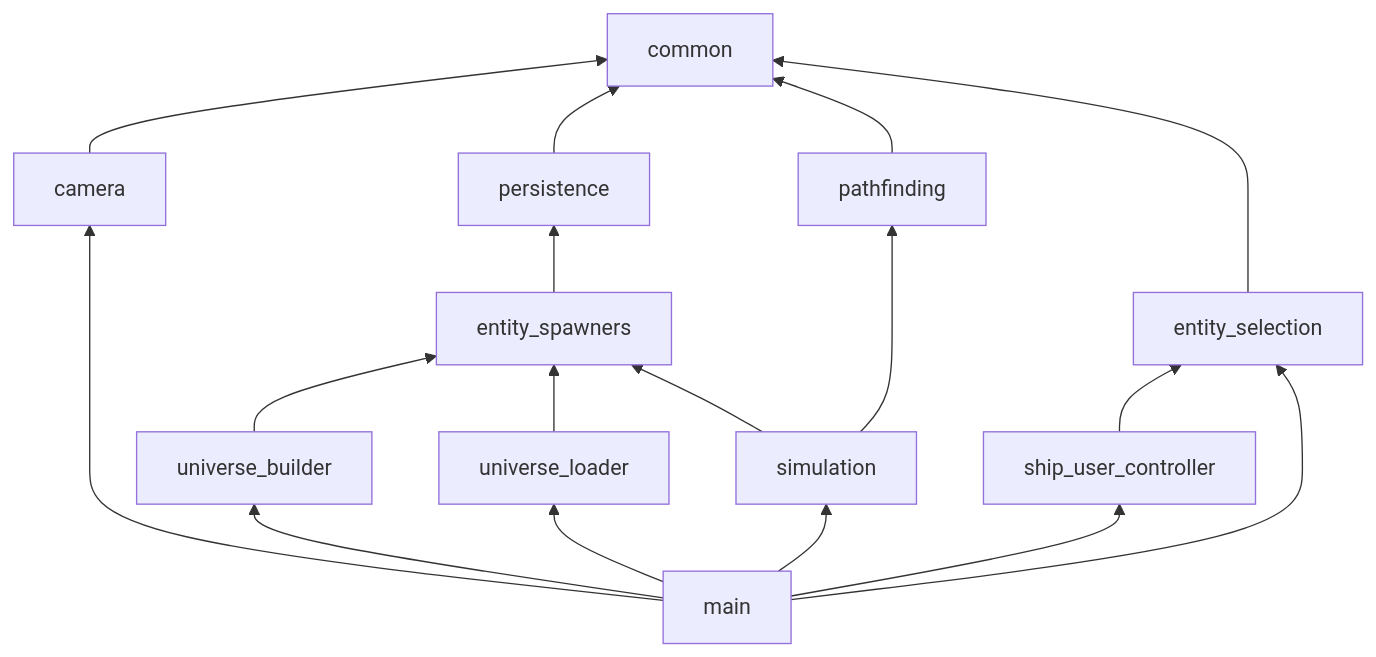
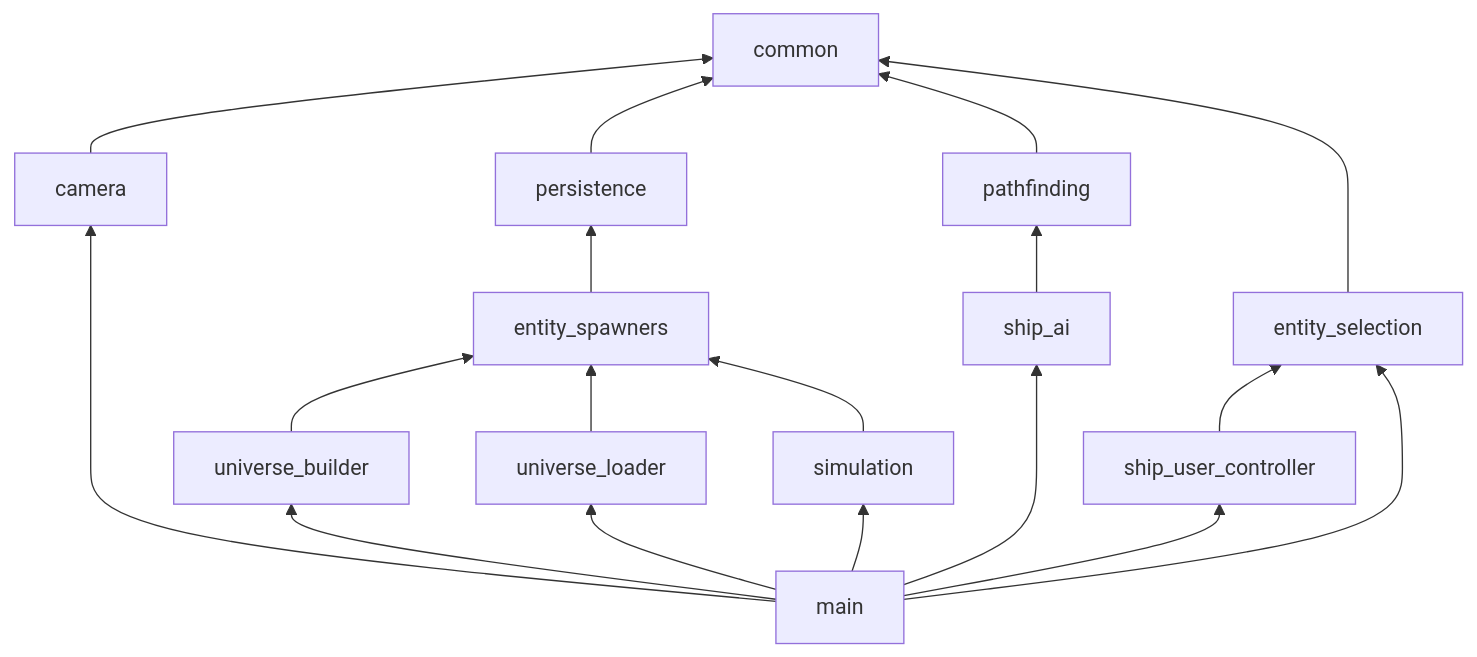
Before and after one commit to Jacudibu/rusty_space: the diagram in README.md, drawn with Mermaid. The commit also changed 45 other files, not shown here.

````diff
--- a/README.md
+++ b/README.md
@@ -8,23 +8,24 @@
 ```mermaid
 flowchart BT
     camera --> common
     persistence --> common
     pathfinding --> common
     entity_selection --> common
 
     entity_spawners --> persistence
+    ship_user_controller --> entity_selection
 
+    ship_ai --> pathfinding
     universe_builder --> entity_spawners
     universe_loader --> entity_spawners
     simulation --> entity_spawners
 
-    simulation --> pathfinding
-    ship_user_controller --> entity_selection
 
     main --> entity_selection
     main --> universe_builder
     main --> universe_loader
     main --> simulation
+    main --> ship_ai
     main --> ship_user_controller
     main --> camera
 ```
````
